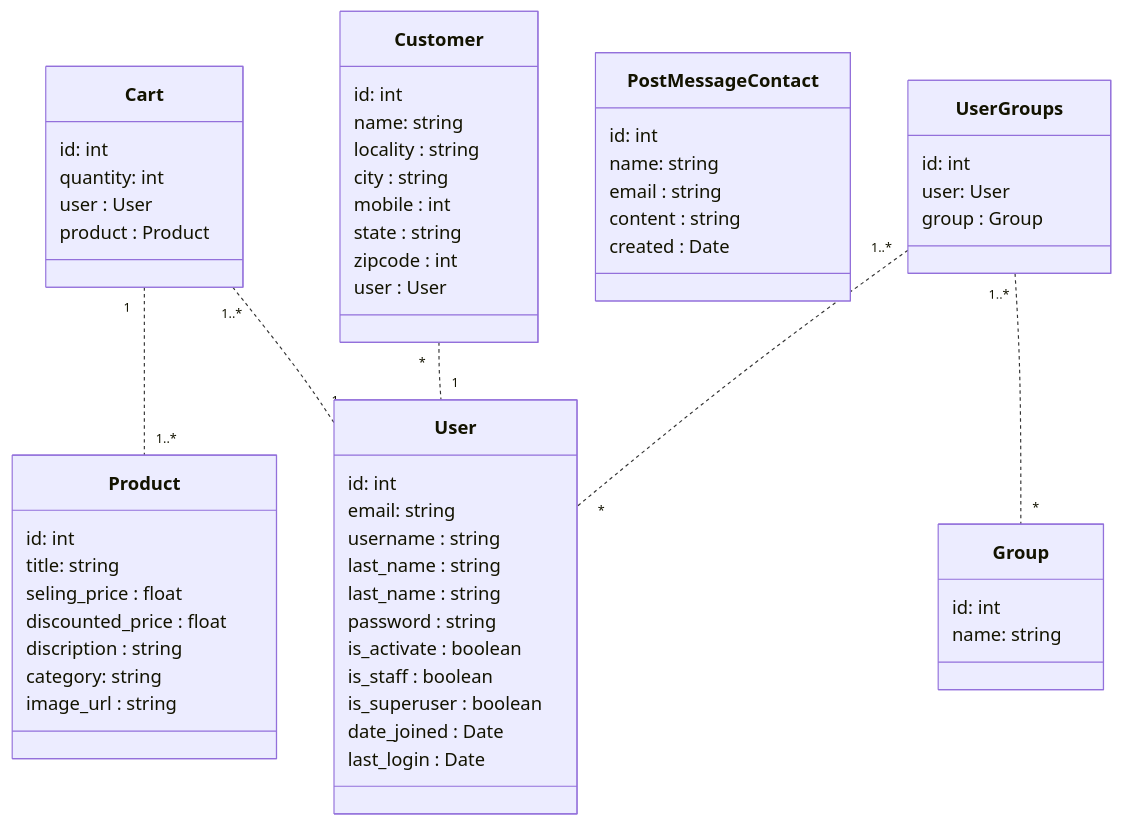
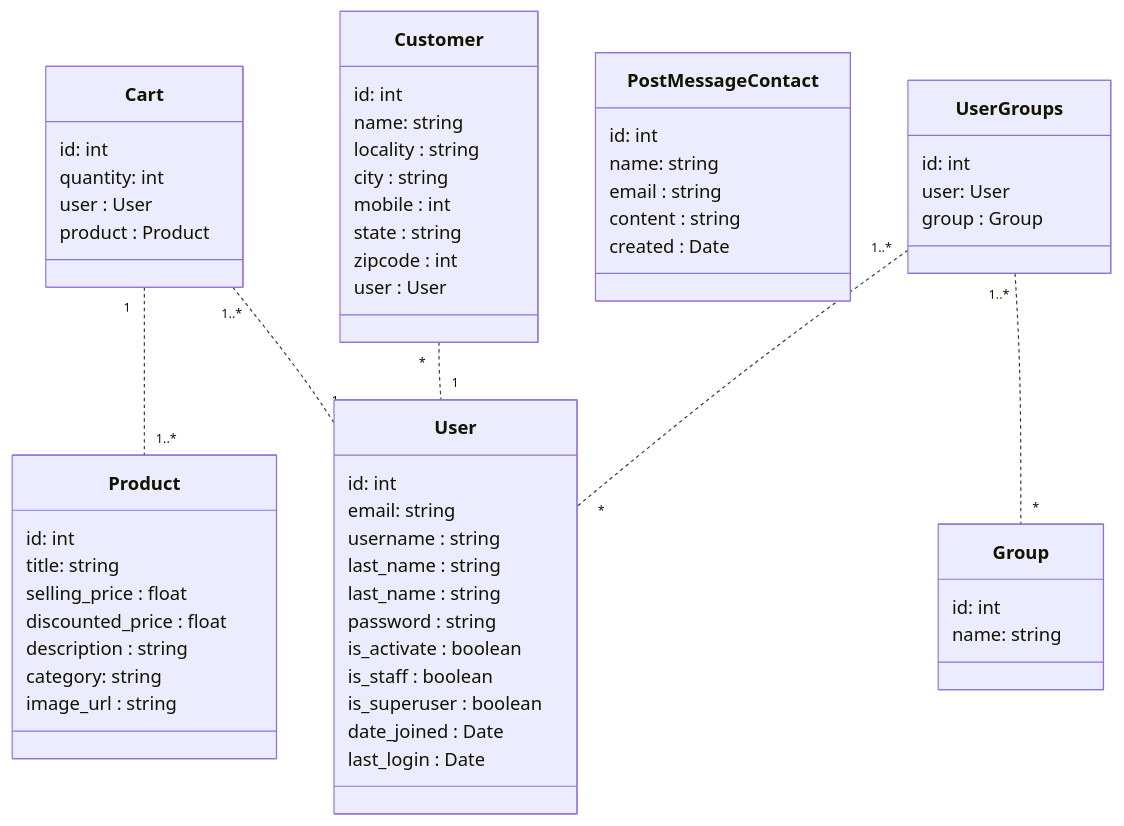
Before and after one commit to elghallali/EShop: the diagram in README.md, drawn with Mermaid. The commit also changed other lines of this file, not shown here.

````diff
--- a/README.md
+++ b/README.md
@@ -71,64 +73,62 @@
 ```mermaid
 classDiagram
     class Product{
         id: int
         title: string
-        seling_price : float
+        selling_price : float
         discounted_price : float
-        discription : string
+        description : string
         category: string
         image_url : string
     }
     class Cart{
         id: int
         quantity: int
         user : User
         product : Product
-        
     }
     class User{
         id: int
         email: string
         username : string
         last_name : string
         last_name : string
         password : string
         is_activate : boolean
         is_staff : boolean
         is_superuser : boolean
         date_joined : Date
         last_login : Date
     }
     class Customer{
         id: int
         name: string
         locality : string
         city : string
         mobile : int
         state : string
         zipcode : int
         user : User
     }
-    
     class PostMessageContact{
         id: int
         name: string
         email : string
         content : string
         created : Date
     }
     class UserGroups{
         id: int
         user: User
         group : Group
     }
     class Group{
         id: int
         name: string
     }
     Cart "1" .. "1..*" Product
     Cart "1..*" .. "1" User
     Customer "*" .. "1" User
     UserGroups "1..*" .. "*" User
     UserGroups "1..*" .. "*" Group
 ```
````
